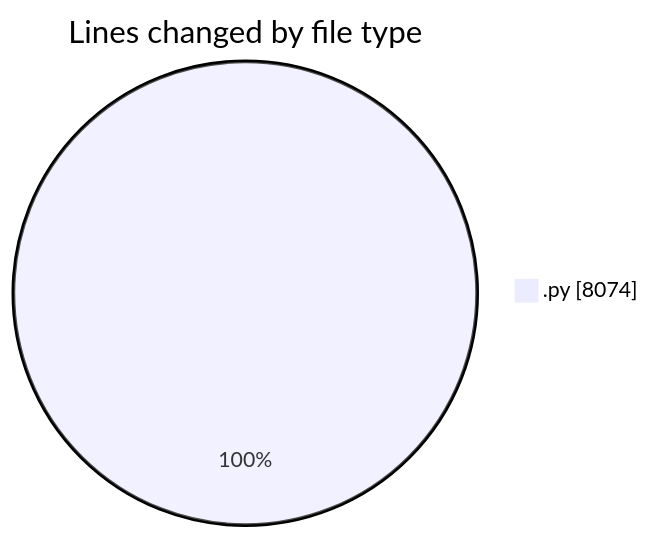
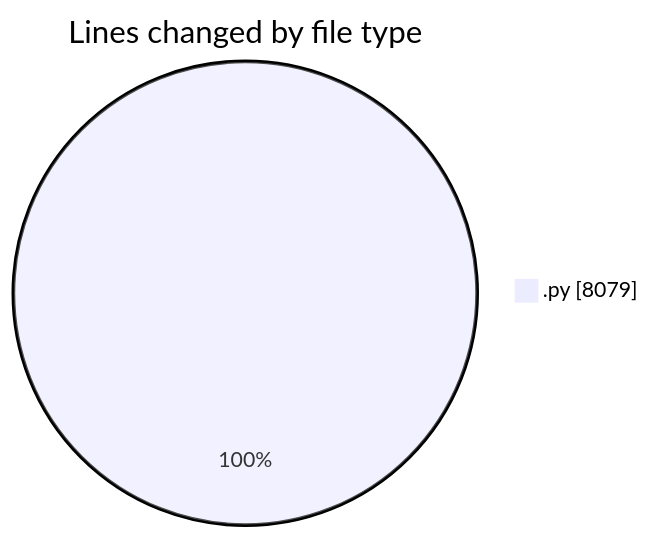
Before and after one commit to MatusMokan/code-tracking: the first of 2 diagrams in 2025-04-18/myws__workspace_/README.md, drawn with Mermaid. The commit also changed other lines of this file and 1 other file, not shown here.

````diff
--- a/2025-04-18/myws__workspace_/README.md
+++ b/2025-04-18/myws__workspace_/README.md
@@ -27,5 +27,5 @@
 ```mermaid
 pie showData
 title Lines changed by file type
-".py" : 8074
+".py" : 8079
 ```
````
